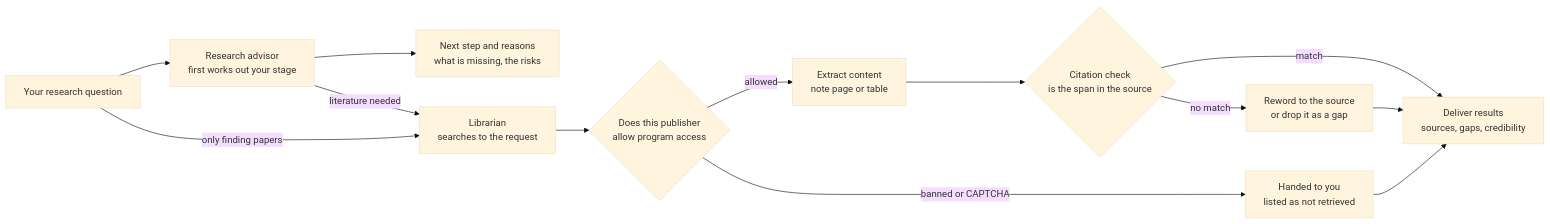
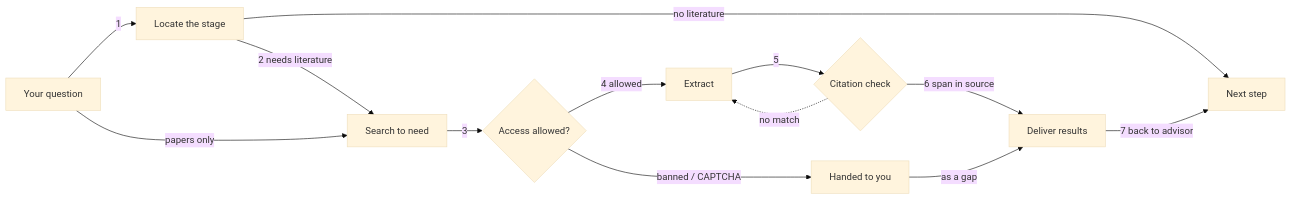
Before and after one commit to WizerdBaChe/research-advisor-kit: the diagram in README.en.md, drawn with Mermaid (base theme). The commit also changed other lines of this file and 4 other files, not shown here.

Commit message:
docs: show rendered flow in readmes and map it to skill passages

````diff
--- a/README.en.md
+++ b/README.en.md
@@ -125,15 +128,15 @@
 ```mermaid
 flowchart LR
-  Q[Your research question] --> A[Research advisor<br/>first works out your stage]
-  A --> D[Next step and reasons<br/>what is missing, the risks]
-  A -->|literature needed| L[Librarian<br/>searches to the request]
-  Q -->|only finding papers| L
-  L --> H{Does this publisher<br/>allow program access}
-  H -->|allowed| X[Extract content<br/>note page or table]
-  H -->|banned or CAPTCHA| U[Handed to you<br/>listed as not retrieved]
-  X --> C{Citation check<br/>is the span in the source}
-  C -->|no match| F[Reword to the source<br/>or drop it as a gap]
-  C -->|match| R[Deliver results<br/>sources, gaps, credibility]
-  F --> R
-  U --> R
+  Q[Your question] -->|1| A[Locate the stage]
+  A -->|no literature| D[Next step]
+  A -->|2 needs literature| L[Search to need]
+  Q -->|papers only| L
+  L -->|3| H{Access allowed?}
+  H -->|4 allowed| X[Extract]
+  H -->|banned / CAPTCHA| U[Handed to you]
+  X -->|5| C{Citation check}
+  C -.->|no match| X
+  C -->|6 span in source| R[Deliver results]
+  U -->|as a gap| R
+  R -->|7 back to advisor| D
 ```
````
